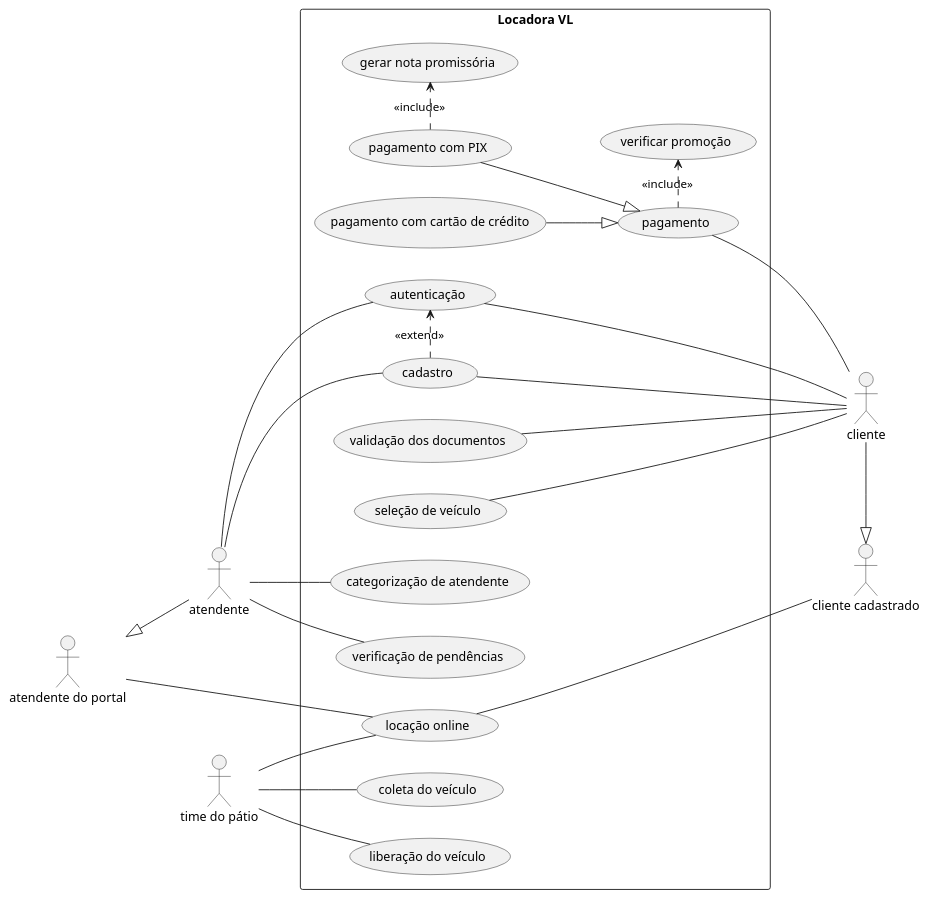
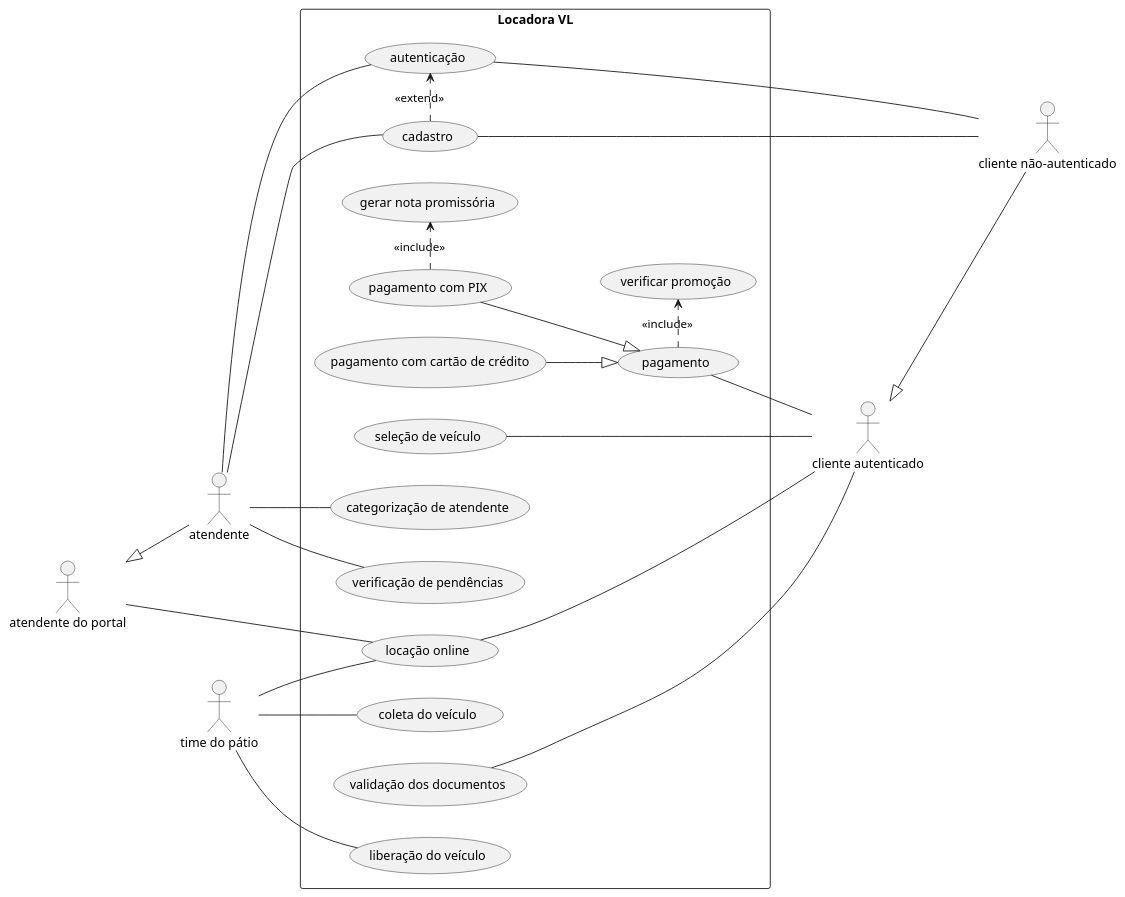
Before and after one commit to sociedade-do-pastel/vl: the diagram in use-case.org, drawn with PlantUML. The commit also changed other lines of this file and 1 other file, not shown here.

```diff
--- a/use-case.org
+++ b/use-case.org
@@ -24,34 +9,34 @@
 #+begin_src plantuml :file images/caso_de_uso.png
   left to right direction
   skinparam packageStyle rectangle
 
-  actor cliente
+  :cliente não-autenticado: as cliente
   actor atendente
   :atendente do portal: as atPortal
   atPortal <|-- atendente
   :time do pátio: as patime
-  :cliente cadastrado: as cladastrado
-  cladastrado <|-left- cliente
+  :cliente autenticado: as cladastrado
+  cladastrado <|-- cliente
 
   rectangle "Locadora VL" {
       atendente -- (autenticação)
       (autenticação) -- cliente
       atendente -- (cadastro)
       (cadastro) -- cliente
-      (validação dos documentos) -- cliente
-      (seleção de veículo) -- cliente
-      (pagamento) -- cliente
+      (validação dos documentos) -- cladastrado
+      (seleção de veículo) -- cladastrado
+      (pagamento) -- cladastrado
       (pagamento) <|-up- (pagamento com PIX)
       (pagamento) <|-up- (pagamento com cartão de crédito)
       (pagamento com PIX) .> (gerar nota promissória) : <<include>>
       patime -- (liberação do veículo)
       patime -- (coleta do veículo)
       (cadastro) .> (autenticação)  : <<extend>>
       atendente -- (categorização de atendente)
       atendente -- (verificação de pendências)
       (pagamento) .> (verificar promoção) : <<include>>
       atPortal -- (locação online)
       (locação online) -- cladastrado
       patime -- (locação online)
   }
 #+end_src
```
